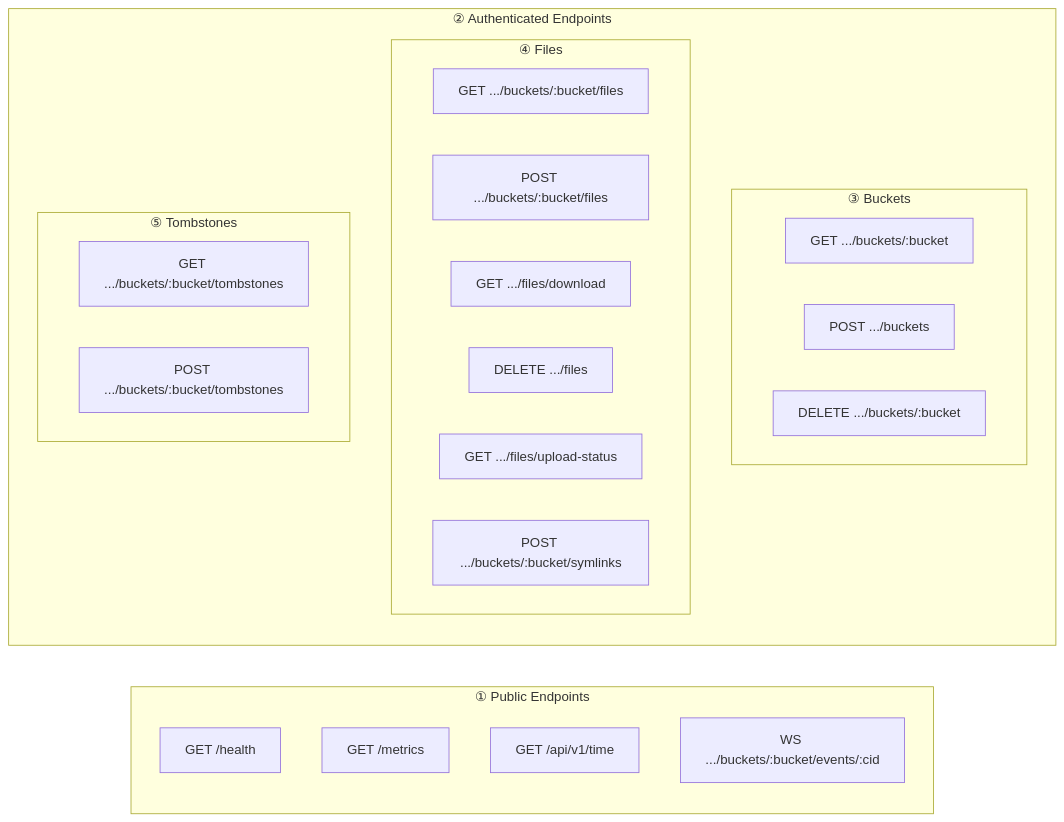
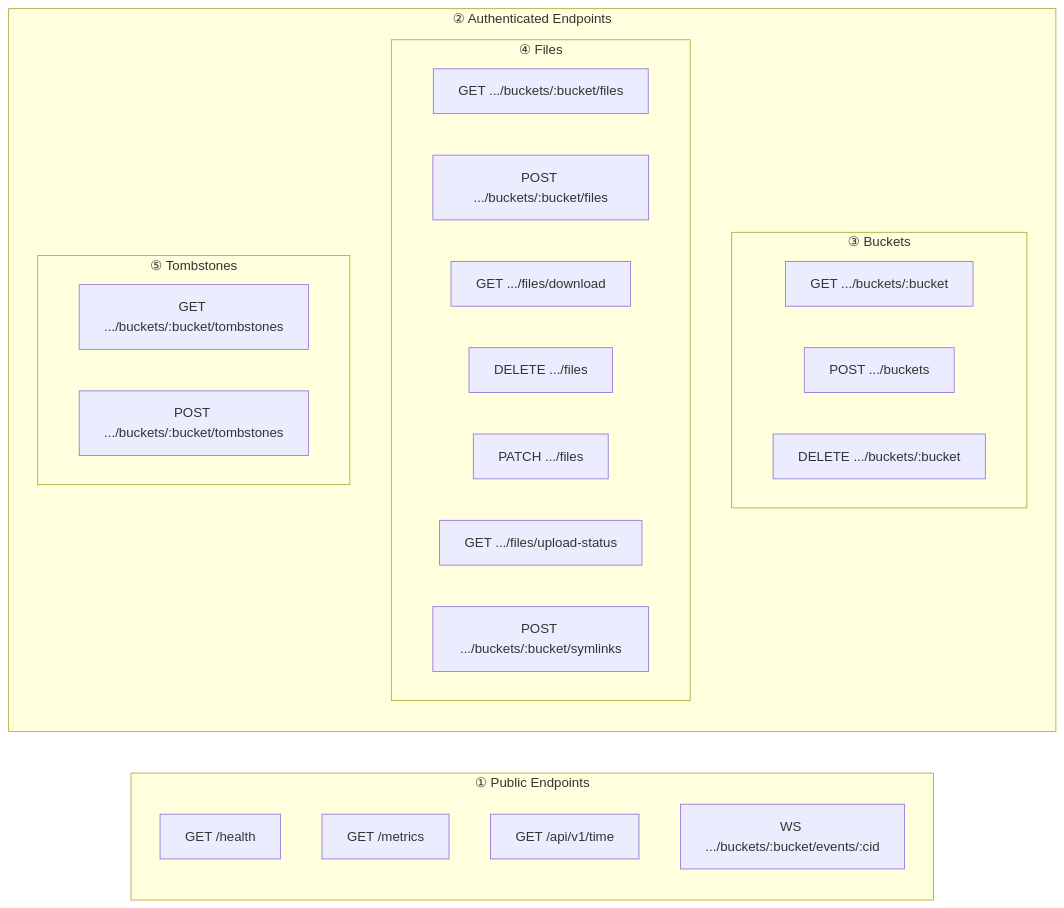
Before and after one commit to albertsdk/hsync-server: the first of 2 diagrams in docs/api.md, drawn with Mermaid. The commit also changed other lines of this file and 9 other files, not shown here.

````diff
--- a/docs/api.md
+++ b/docs/api.md
@@ -7,31 +7,32 @@
 ```mermaid
 graph LR
     subgraph Public["① Public Endpoints"]
         H["GET /health"]
         M["GET /metrics"]
         T["GET /api/v1/time"]
         WS["WS .../buckets/:bucket/events/:cid"]
     end
 
     subgraph Auth["② Authenticated Endpoints"]
         subgraph Buckets["③ Buckets"]
             GB["GET .../buckets/:bucket"]
             CB["POST .../buckets"]
             DB["DELETE .../buckets/:bucket"]
         end
 
         subgraph Files["④ Files"]
             LF["GET .../buckets/:bucket/files"]
             UF["POST .../buckets/:bucket/files"]
             DF["GET .../files/download"]
             RF["DELETE .../files"]
+            MV["PATCH .../files"]
             US["GET .../files/upload-status"]
             SL["POST .../buckets/:bucket/symlinks"]
         end
 
         subgraph Tombstones["⑤ Tombstones"]
             GT["GET .../buckets/:bucket/tombstones"]
             PT["POST .../buckets/:bucket/tombstones"]
         end
     end
 ```
````
